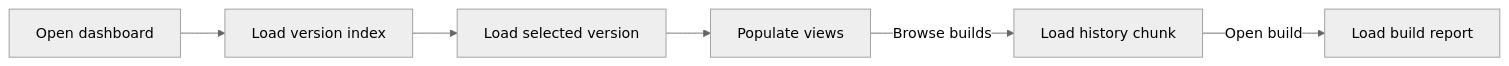
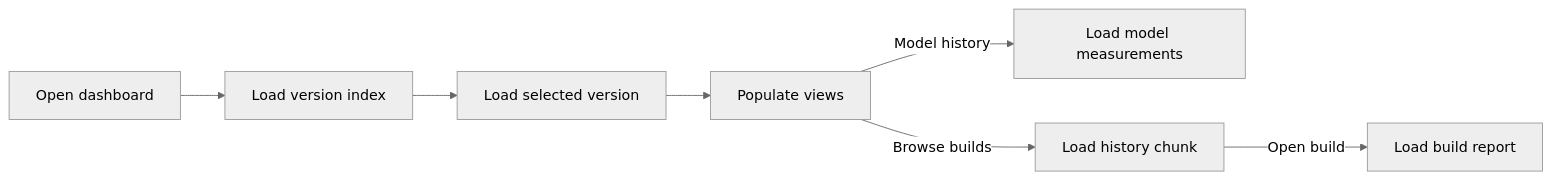
Before and after one commit to lemonade-sdk/rocm-readiness: the second of 2 diagrams in docs/data-flow.md, drawn with Mermaid (neutral theme). The commit also changed other lines of this file and 9 other files, not shown here.

Commit message:
Associate stable model measurements with verified ROCm packages

````diff
--- a/docs/data-flow.md
+++ b/docs/data-flow.md
@@ -42,8 +43,9 @@
 ```mermaid
 flowchart LR
     Open["Open dashboard"] --> Index["Load version index"]
     Index --> Load["Load selected version"]
     Load --> Display["Populate views"]
+    Display -->|Model history| Performance["Load model measurements"]
     Display -->|Browse builds| History["Load history chunk"]
     History -->|Open build| Report["Load build report"]
 ```
````
